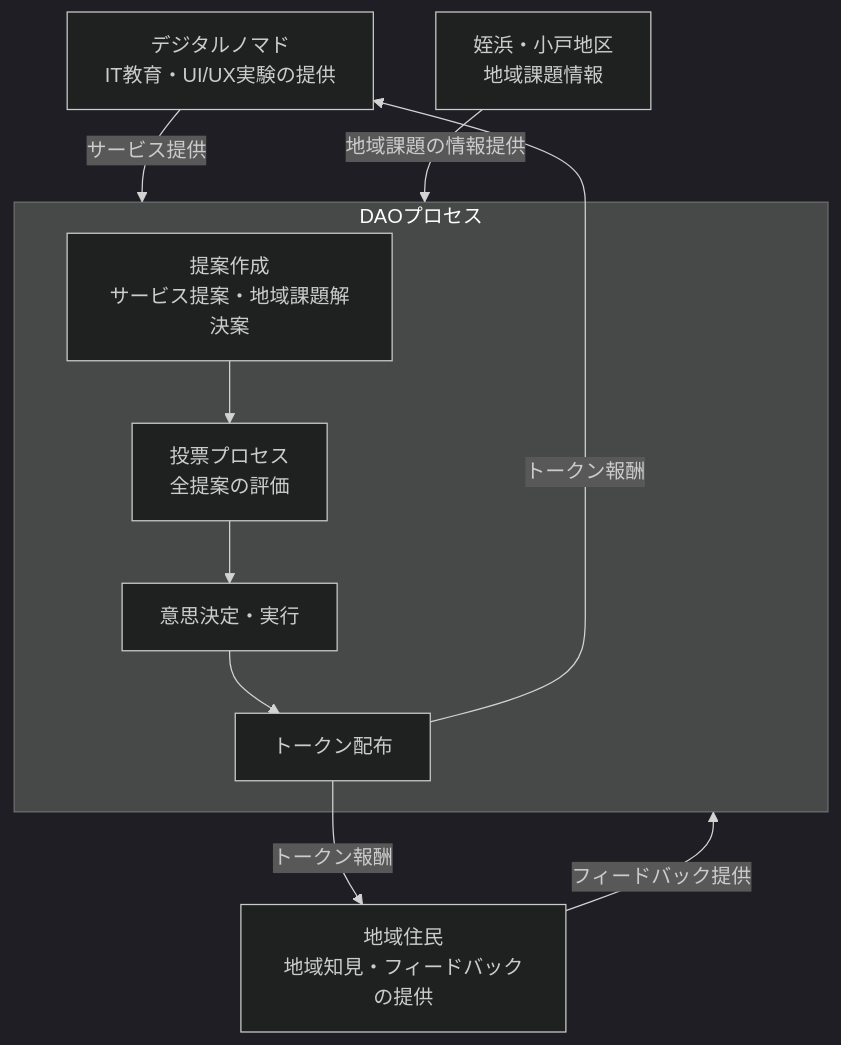
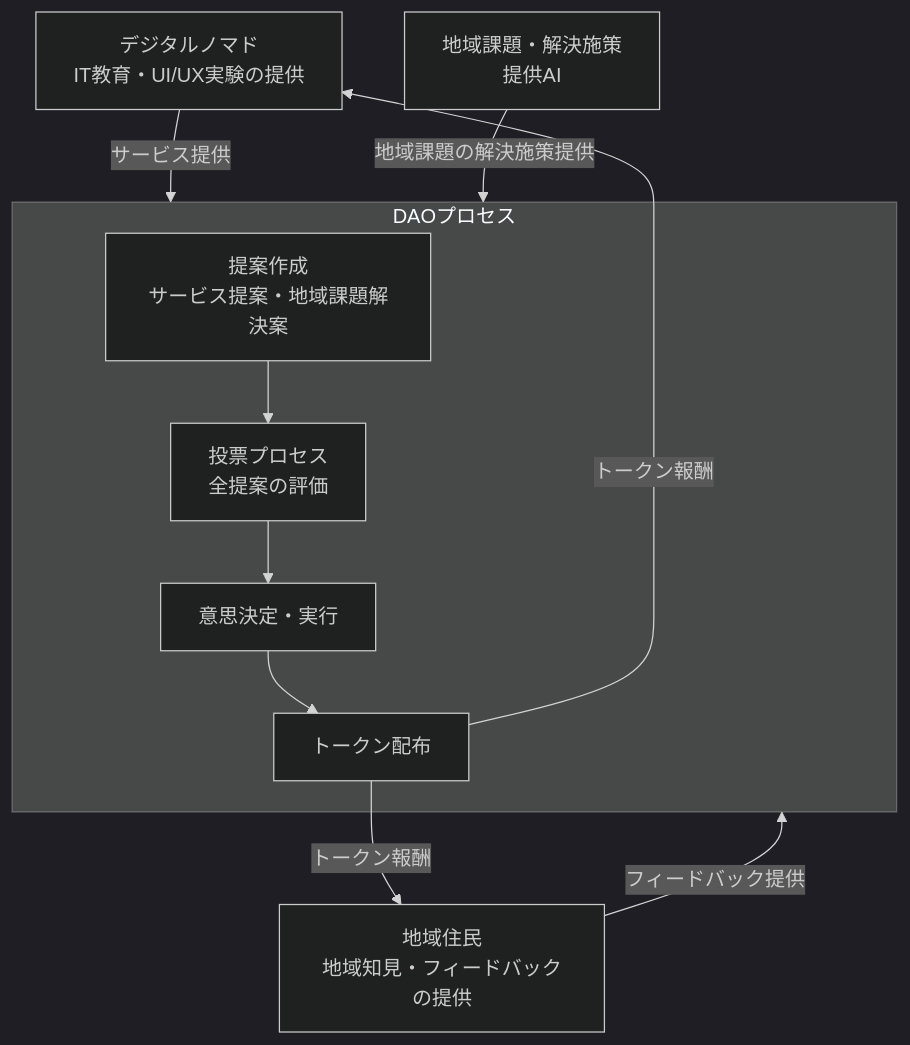
One commit to elnas0311/googleWorkspace changed the second of 2 diagrams in アーキテクチャ.md. Above: the diagram before and after it, drawn with Mermaid (dark theme). The commit also changed other lines of this file, not shown here.

````diff
--- a/アーキテクチャ.md
+++ b/アーキテクチャ.md
@@ -195,31 +224,31 @@
 ```mermaid
 graph TD
   %% 参加者
   DN[デジタルノマド<br/>IT教育・UI/UX実験の提供]
   LR[地域住民<br/>地域知見・フィードバックの提供]
   
-  %% 姪浜・小戸地区の地域課題情報
-  CH[姪浜・小戸地区<br/>地域課題情報]
+  %% 地域課題・解決施策提供AI
+  CH[地域課題・解決施策<br/>提供AI]
   
   %% 参加者・地域課題からDAOへの入力
   DN -->|サービス提供| DAOプロセス
   LR -->|フィードバック提供| DAOプロセス
-  CH -->|地域課題の情報提供| DAOプロセス
+  CH -->|地域課題の解決施策提供| DAOプロセス
   
   %% DAO内部プロセス
   subgraph DAOプロセス
     A[提案作成<br/>サービス提案・地域課題解決案]
     B[投票プロセス<br/>全提案の評価]
     C[意思決定・実行]
     D[トークン配布]
   end
   
   A --> B
   B --> C
   C --> D
   
   %% DAOから参加者への出力
   D -->|トークン報酬| DN
   D -->|トークン報酬| LR
 
 ```
````
